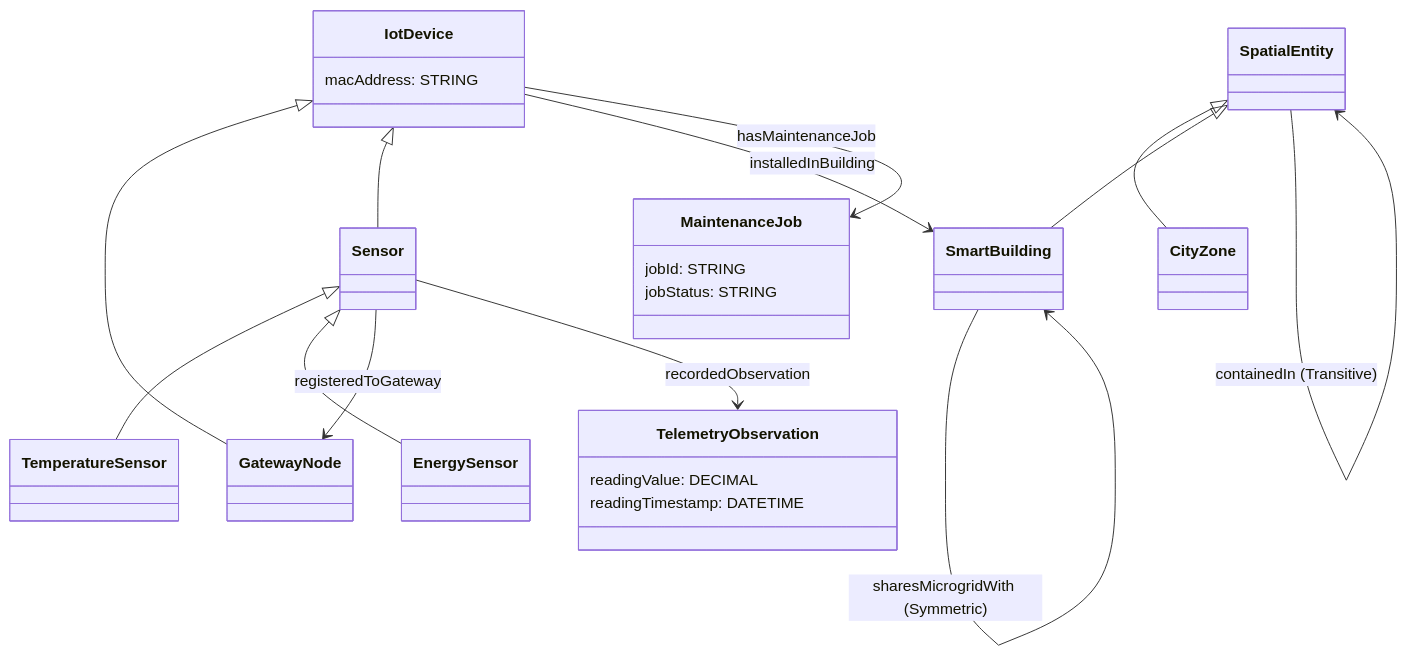
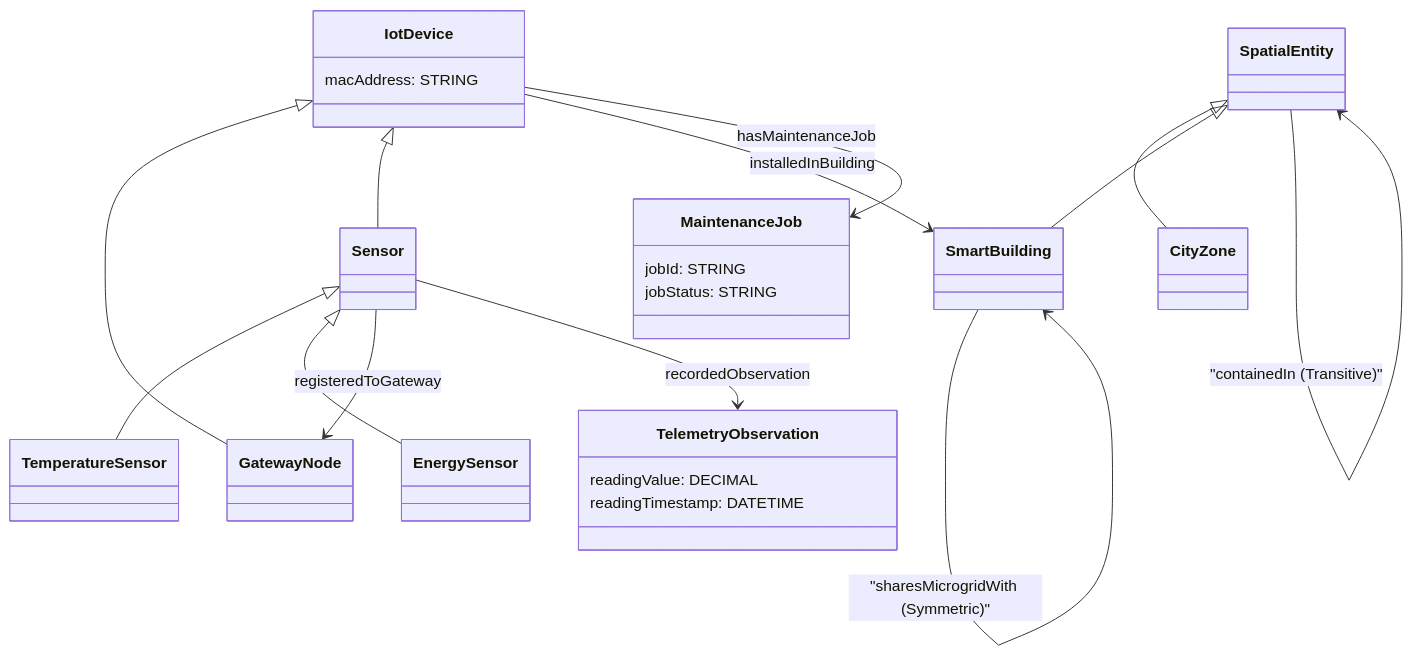
One commit to hasseeb-ai/rdf-shacl-to-spanner-graph changed the tenth of 12 diagrams in examples/README.md. Above: the diagram before and after it, drawn with Mermaid. The commit also changed other lines of this file, not shown here.

````diff
--- a/examples/README.md
+++ b/examples/README.md
@@ -359,36 +359,36 @@
 ```mermaid
 classDiagram
   direction TD
   class SpatialEntity
   class CityZone
   class SmartBuilding
   class IotDevice {
     macAddress: STRING
   }
   class GatewayNode
   class Sensor
   class TemperatureSensor
   class EnergySensor
   class TelemetryObservation {
     readingValue: DECIMAL
     readingTimestamp: DATETIME
   }
   class MaintenanceJob {
     jobId: STRING
     jobStatus: STRING
   }
 
   SpatialEntity <|-- CityZone
   SpatialEntity <|-- SmartBuilding
   IotDevice <|-- GatewayNode
   IotDevice <|-- Sensor
   Sensor <|-- TemperatureSensor
   Sensor <|-- EnergySensor
 
-  SpatialEntity --> SpatialEntity : containedIn (Transitive)
+  SpatialEntity --> SpatialEntity : "containedIn (Transitive)"
   Sensor --> GatewayNode : registeredToGateway
   IotDevice --> SmartBuilding : installedInBuilding
   Sensor --> TelemetryObservation : recordedObservation
   IotDevice --> MaintenanceJob : hasMaintenanceJob
-  SmartBuilding --> SmartBuilding : sharesMicrogridWith (Symmetric)
+  SmartBuilding --> SmartBuilding : "sharesMicrogridWith (Symmetric)"
 ```
````
